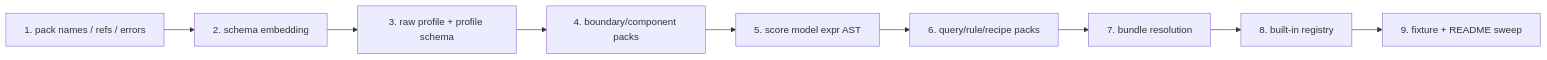
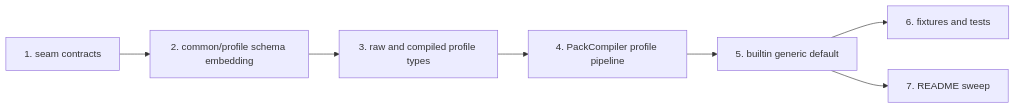
The second of 2 diagrams in crates/lift/lift_seam1_spec_reviewed.md (atomize-hq/substrate), drawn with Mermaid before and after one commit. The commit also changed other lines of this file, not shown here.

Commit message:
Refine Phase A seam plan and parallelization

````diff
--- a/crates/lift/lift_seam1_spec_reviewed.md
+++ b/crates/lift/lift_seam1_spec_reviewed.md
@@ -1531,11 +1772,9 @@
 ```mermaid
 flowchart LR
-    A[1. pack names / refs / errors] --> B[2. schema embedding]
-    B --> C[3. raw profile + profile schema]
-    C --> D[4. boundary/component packs]
-    D --> E[5. score model expr AST]
-    E --> F[6. query/rule/recipe packs]
-    F --> G[7. bundle resolution]
-    G --> H[8. built-in registry]
-    H --> I[9. fixture + README sweep]
+    A[1. seam contracts] --> B[2. common/profile schema embedding]
+    B --> C[3. raw and compiled profile types]
+    C --> D[4. PackCompiler profile pipeline]
+    D --> E[5. builtin generic default]
+    E --> F[6. fixtures and tests]
+    E --> G[7. README sweep]
 ```
````
